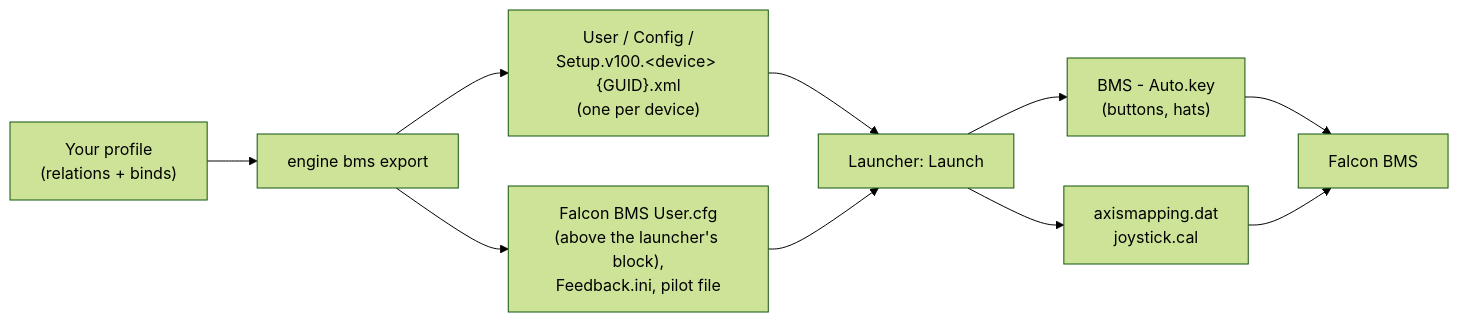
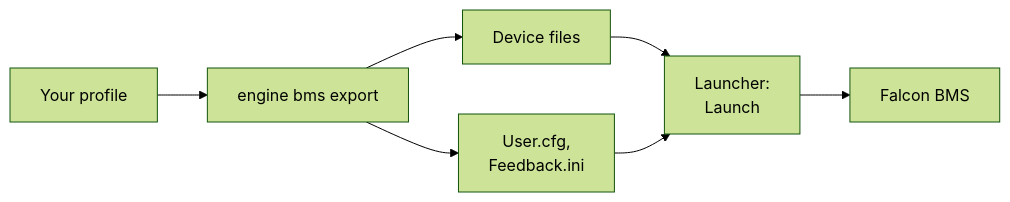
One commit to Holdi601/JoystickProfiler2 changed the diagram in website/content/games/falcon-bms.md. Above: the diagram before and after it, drawn with Mermaid (forest theme). The commit also changed other lines of this file and 718 other files, not shown here.

Commit message:
JoyPro2 2.7.0

````diff
--- a/website/content/games/falcon-bms.md
+++ b/website/content/games/falcon-bms.md
@@ -20,12 +151,10 @@
 ```mermaid
+%% caption: JoyPro writes the launcher's device files (User / Config / Setup.v100, one per device), User.cfg (above the launcher's block), Feedback.ini and the pilot file. Launch in the launcher turns them into the files BMS reads (BMS - Auto.key, axismapping.dat, joystick.cal).
 flowchart LR
-  P["Your profile<br/>(relations + binds)"] --> E["engine bms export"]
-  E --> X["User / Config /<br/>Setup.v100.&lt;device&gt; {GUID}.xml<br/>(one per device)"]
-  E --> U["Falcon BMS User.cfg<br/>(above the launcher's block),<br/>Feedback.ini, pilot file"]
-  X --> L["Launcher: Launch"]
+  P["Your profile"] --> E["engine bms export"]
+  E --> X["Device files"]
+  E --> U["User.cfg,<br/>Feedback.ini"]
+  X --> L["Launcher:<br/>Launch"]
   U --> L
-  L --> K["BMS - Auto.key<br/>(buttons, hats)"]
-  L --> A["axismapping.dat<br/>joystick.cal"]
-  K --> G["Falcon BMS"]
-  A --> G
+  L --> G["Falcon BMS"]
 ```
````
